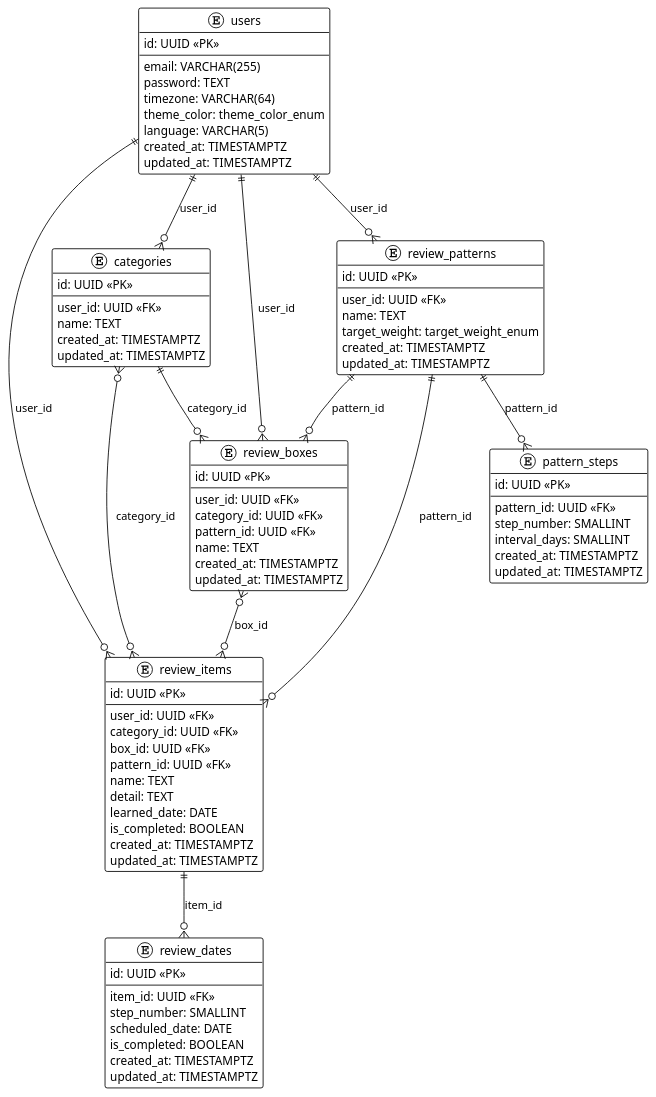
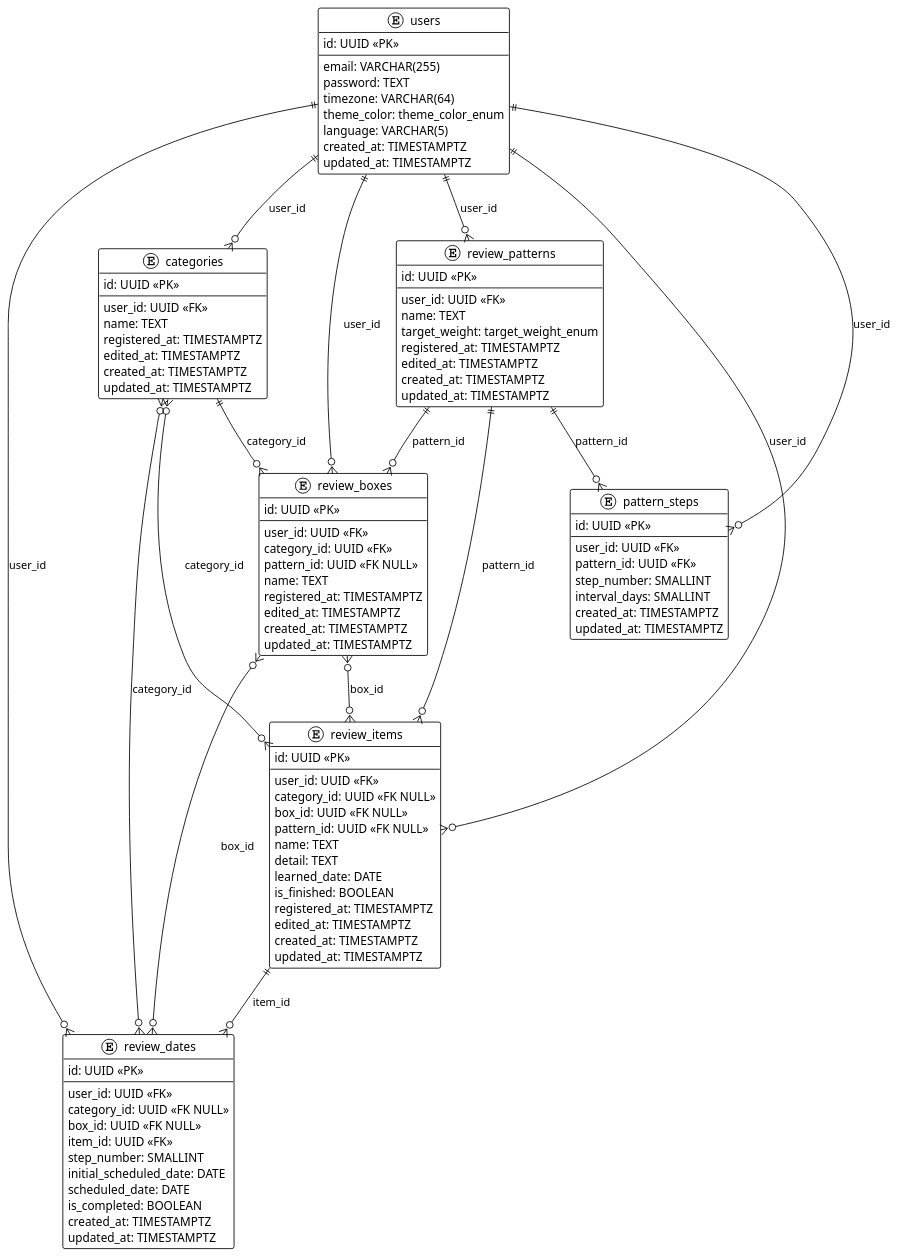
One commit to minminseo/review-setter-api changed the diagram in docs/er-v1.puml. Above: the diagram before and after it, drawn with PlantUML. The commit also changed 1 other file, not shown here.

Commit message:
doc: ER図更新。画像追加

```diff
--- a/docs/er-v1.puml
+++ b/docs/er-v1.puml
@@ -1,98 +1,115 @@
 @startuml
 !theme plain
 
 entity users {
     id: UUID <<PK>>
     --
     email: VARCHAR(255)
     password: TEXT
     timezone: VARCHAR(64)
     theme_color: theme_color_enum
     language: VARCHAR(5)
     created_at: TIMESTAMPTZ
     updated_at: TIMESTAMPTZ
 }
 
 entity categories {
     id: UUID <<PK>>
     --
     user_id: UUID <<FK>>
     name: TEXT
+    registered_at: TIMESTAMPTZ
+    edited_at: TIMESTAMPTZ
     created_at: TIMESTAMPTZ
     updated_at: TIMESTAMPTZ
 }
 
 entity review_patterns {
     id: UUID <<PK>>
     --
     user_id: UUID <<FK>>
     name: TEXT
     target_weight: target_weight_enum
+    registered_at: TIMESTAMPTZ
+    edited_at: TIMESTAMPTZ
     created_at: TIMESTAMPTZ
     updated_at: TIMESTAMPTZ
 }
 
 entity review_boxes {
     id: UUID <<PK>>
     --
     user_id: UUID <<FK>>
     category_id: UUID <<FK>>
-    pattern_id: UUID <<FK>>
+    pattern_id: UUID <<FK NULL>>
     name: TEXT
+    registered_at: TIMESTAMPTZ
+    edited_at: TIMESTAMPTZ
     created_at: TIMESTAMPTZ
     updated_at: TIMESTAMPTZ
 }
 
 entity review_items {
     id: UUID <<PK>>
     --
     user_id: UUID <<FK>>
-    category_id: UUID <<FK>>
-    box_id: UUID <<FK>>
-    pattern_id: UUID <<FK>>
+    category_id: UUID <<FK NULL>>
+    box_id: UUID <<FK NULL>>
+    pattern_id: UUID <<FK NULL>>
     name: TEXT
     detail: TEXT
     learned_date: DATE
-    is_completed: BOOLEAN
+    is_finished: BOOLEAN
+    registered_at: TIMESTAMPTZ
+    edited_at: TIMESTAMPTZ
     created_at: TIMESTAMPTZ
     updated_at: TIMESTAMPTZ
 }
 
 entity pattern_steps {
     id: UUID <<PK>>
     --
+    user_id: UUID <<FK>>
     pattern_id: UUID <<FK>>
     step_number: SMALLINT
     interval_days: SMALLINT
     created_at: TIMESTAMPTZ
     updated_at: TIMESTAMPTZ
 }
 
 entity review_dates {
     id: UUID <<PK>>
     --
+    user_id: UUID <<FK>>
+    category_id: UUID <<FK NULL>>
+    box_id: UUID <<FK NULL>>
     item_id: UUID <<FK>>
     step_number: SMALLINT
+    initial_scheduled_date: DATE
     scheduled_date: DATE
     is_completed: BOOLEAN
     created_at: TIMESTAMPTZ
     updated_at: TIMESTAMPTZ
 }
 
 users ||--o{ categories : user_id
 users ||--o{ review_patterns : user_id
 users ||--o{ review_boxes : user_id
 users ||--o{ review_items : user_id
+users ||--o{ pattern_steps : user_id
+users ||--o{ review_dates : user_id
 
 categories ||--o{ review_boxes : category_id
 categories }o--o{ review_items : category_id
+categories }o--o{ review_dates : category_id
 
 review_patterns ||--o{ review_boxes : pattern_id
 review_patterns ||--o{ review_items : pattern_id
 review_patterns ||--o{ pattern_steps : pattern_id
 
 review_boxes }o--o{ review_items : box_id
+review_boxes }o--o{ review_dates : box_id
 
 review_items ||--o{ review_dates : item_id
 
 @enduml
```
